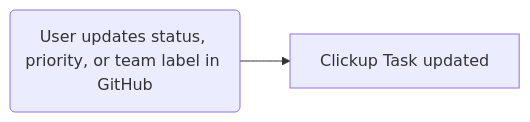
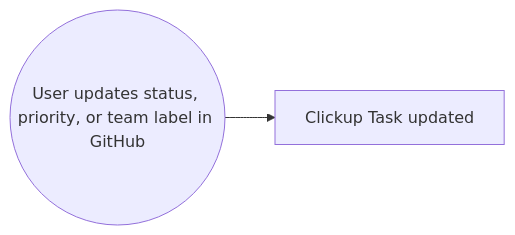
Before and after one commit to chingu-x/minervabot: the second of 2 diagrams in README.md, drawn with Mermaid. The commit also changed other lines of this file, not shown here.

Commit message:
Feature: Add operation diagram

````diff
--- a/README.md
+++ b/README.md
@@ -46,4 +46,4 @@
 ```mermaid
 graph LR
-    A("User updates status, priority, or team label in GitHub") --> B["Clickup Task updated"]
+    A(("User updates status, priority, or team label in GitHub")) --> B["Clickup Task updated"]
 ```
````
